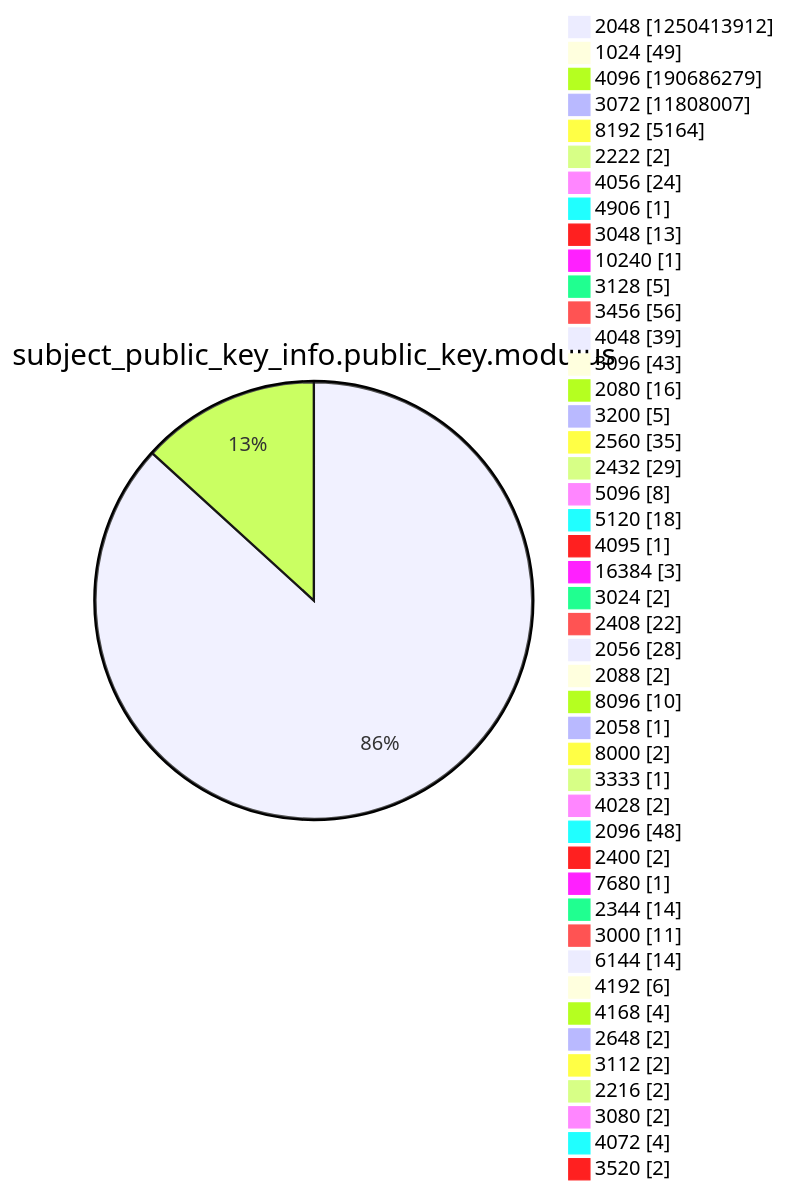
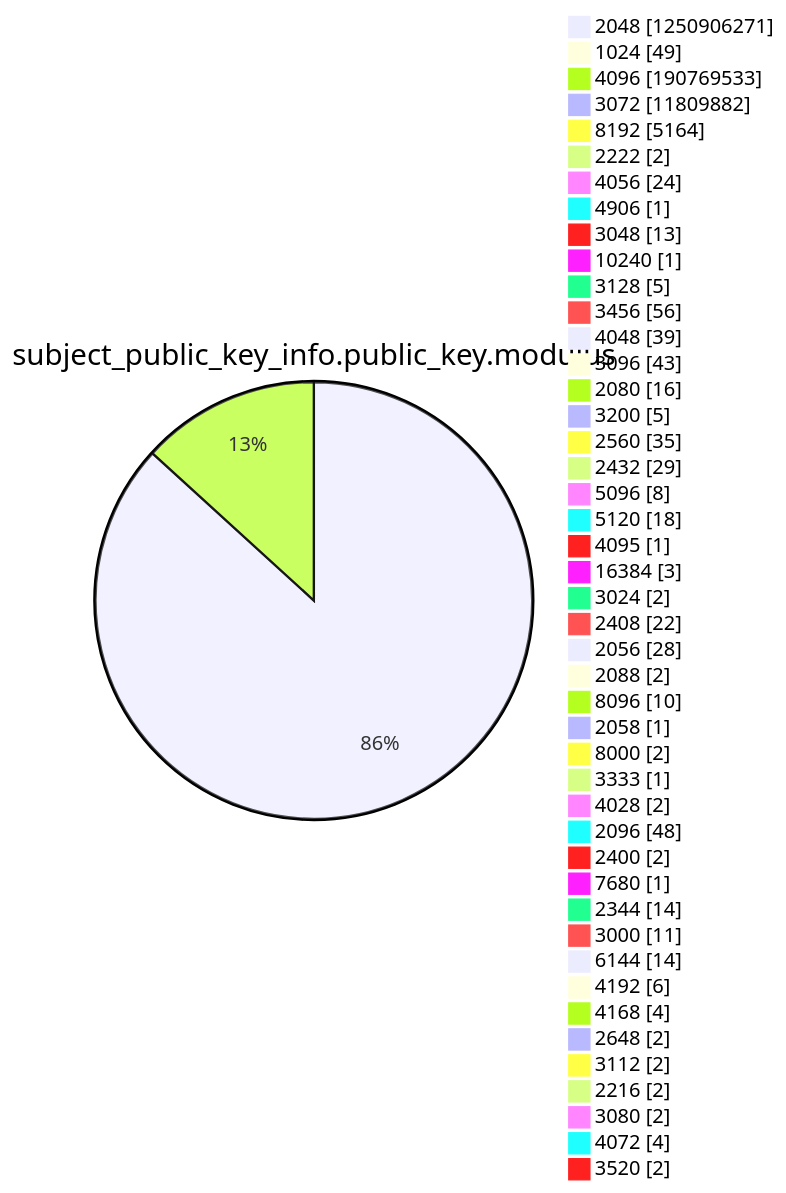
Before and after one commit to christiankrug/ctmonitor_visualization: diagram 13 of 15 in xenon2022/README.md, drawn with Mermaid. The commit also changed other lines of this file, not shown here.

````diff
--- a/xenon2022/README.md
+++ b/xenon2022/README.md
@@ -3919,49 +3919,49 @@
 ```mermaid
 pie showData
 title subject_public_key_info.public_key.modulus
-"2048" :1250413912
+"2048" :1250906271
 "1024" :49
-"4096" :190686279
-"3072" :11808007
+"4096" :190769533
+"3072" :11809882
 "8192" :5164
 "2222" :2
 "4056" :24
 "4906" :1
 "3048" :13
 "10240" :1
 "3128" :5
 "3456" :56
 "4048" :39
 "3096" :43
 "2080" :16
 "3200" :5
 "2560" :35
 "2432" :29
 "5096" :8
 "5120" :18
 "4095" :1
 "16384" :3
 "3024" :2
 "2408" :22
 "2056" :28
 "2088" :2
 "8096" :10
 "2058" :1
 "8000" :2
 "3333" :1
 "4028" :2
 "2096" :48
 "2400" :2
 "7680" :1
 "2344" :14
 "3000" :11
 "6144" :14
 "4192" :6
 "4168" :4
 "2648" :2
 "3112" :2
 "2216" :2
 "3080" :2
 "4072" :4
 "3520" :2
 ```
````
